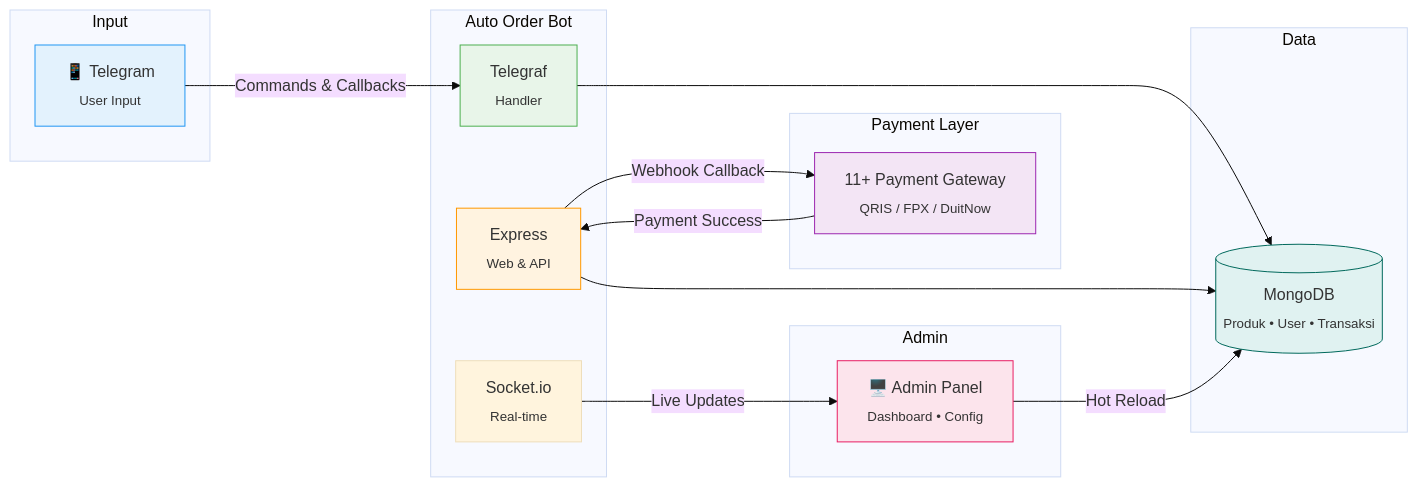
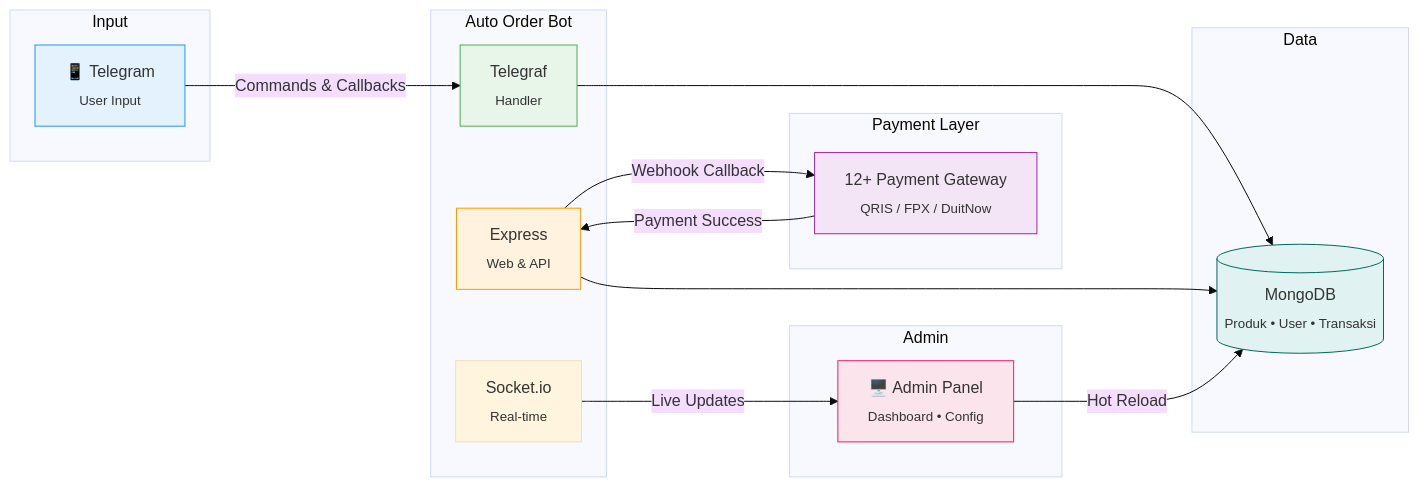
The first of 2 diagrams in README.md (jundy779/Auto_Order_BOT), drawn with Mermaid (base theme) before and after one commit. The commit also changed other lines of this file, not shown here.

````diff
--- a/README.md
+++ b/README.md
@@ -52,39 +54,39 @@
 ```mermaid
 graph LR
     subgraph Input
         TG[📱 Telegram<br/><sub>User Input</sub>]
     end
     
     subgraph Bot[Auto Order Bot]
         TE[Telegraf<br/><sub>Handler</sub>]
         EX[Express<br/><sub>Web & API</sub>]
         SO[Socket.io<br/><sub>Real-time</sub>]
     end
     
     subgraph Payment[Payment Layer]
-        PG[11+ Payment Gateway<br/><sub>QRIS / FPX / DuitNow</sub>]
+        PG[12+ Payment Gateway<br/><sub>QRIS / FPX / DuitNow</sub>]
     end
     
     subgraph Data
         DB[(MongoDB<br/><sub>Produk • User • Transaksi</sub>)]
     end
     
     subgraph Admin
         AP[🖥️ Admin Panel<br/><sub>Dashboard • Config</sub>]
     end
     
     TG -->|Commands & Callbacks| TE
     TE --> DB
     EX -->|Webhook Callback| PG
     PG -->|Payment Success| EX
     EX --> DB
     AP -->|Hot Reload| DB
     SO -->|Live Updates| AP
     
     style TG fill:#e3f2fd,stroke:#2196f3
     style TE fill:#e8f5e9,stroke:#4caf50
     style EX fill:#fff3e0,stroke:#ff9800
     style PG fill:#f3e5f5,stroke:#9c27b0
     style DB fill:#e0f2f1,stroke:#00695c
     style AP fill:#fce4ec,stroke:#e91e63
 ```
````
